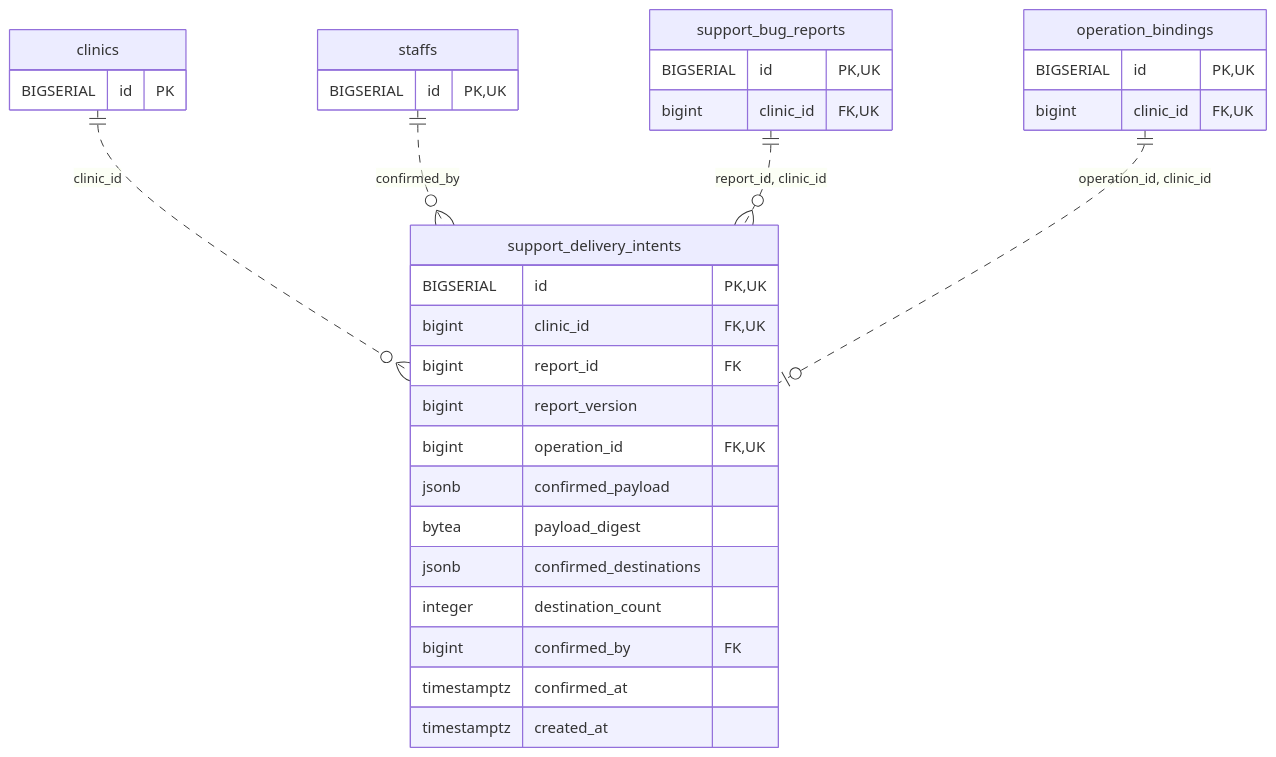
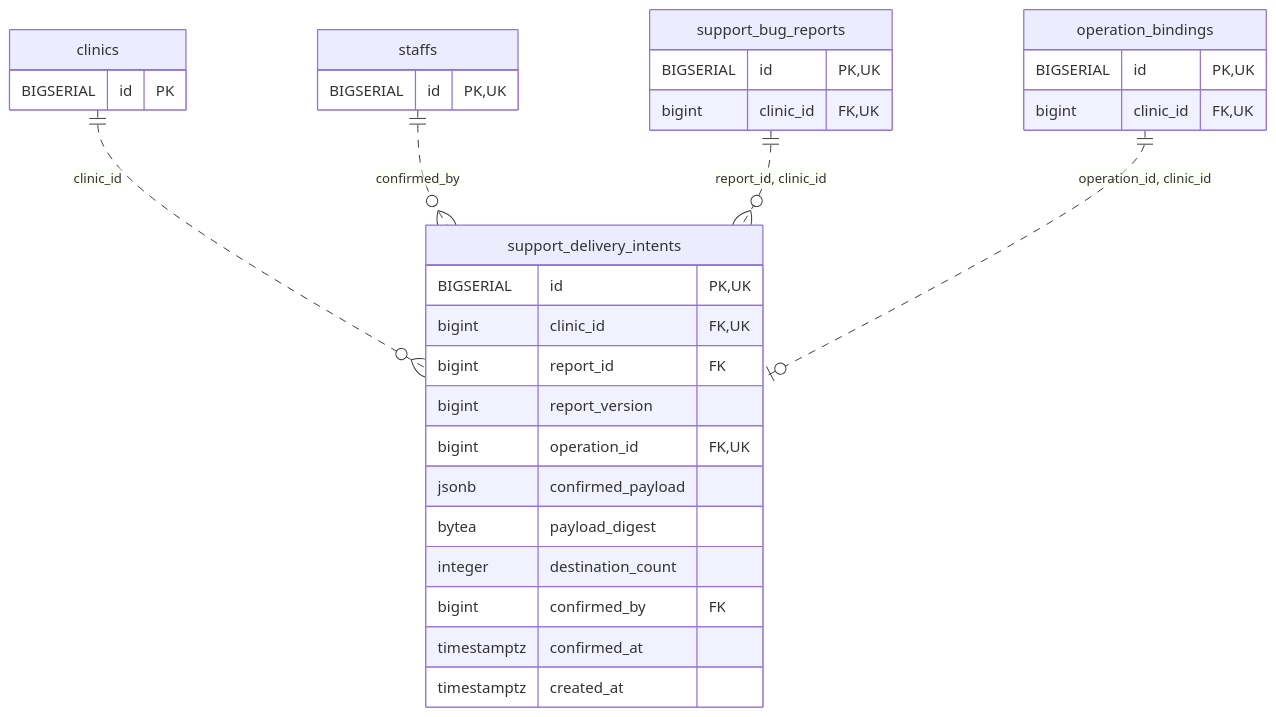
Before and after one commit to MinoruSoga/AnimalEkarte: the diagram in docs/architecture/erd-detail/support_delivery_intents.md, drawn with Mermaid. The commit also changed other lines of this file and 147 other files, not shown here.

````diff
--- a/docs/architecture/erd-detail/support_delivery_intents.md
+++ b/docs/architecture/erd-detail/support_delivery_intents.md
@@ -35,35 +34,34 @@
 ```mermaid
 erDiagram
     support_delivery_intents {
         BIGSERIAL id PK,UK
         bigint clinic_id FK,UK
         bigint report_id FK
         bigint report_version
         bigint operation_id FK,UK
         jsonb confirmed_payload
         bytea payload_digest
-        jsonb confirmed_destinations
         integer destination_count
         bigint confirmed_by FK
         timestamptz confirmed_at
         timestamptz created_at
     }
     clinics {
         BIGSERIAL id PK
     }
     operation_bindings {
         BIGSERIAL id PK,UK
         bigint clinic_id FK,UK
     }
     staffs {
         BIGSERIAL id PK,UK
     }
     support_bug_reports {
         BIGSERIAL id PK,UK
         bigint clinic_id FK,UK
     }
     clinics ||..o{ support_delivery_intents : "clinic_id"
     staffs ||..o{ support_delivery_intents : "confirmed_by"
     support_bug_reports ||..o{ support_delivery_intents : "report_id, clinic_id"
     operation_bindings ||..o| support_delivery_intents : "operation_id, clinic_id"
 ```
````
